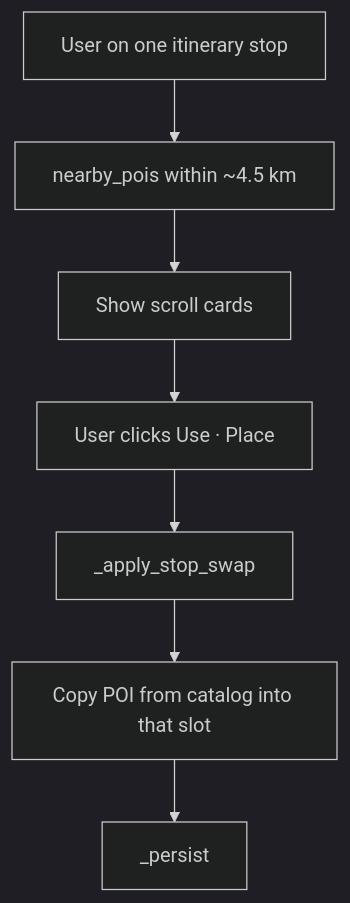
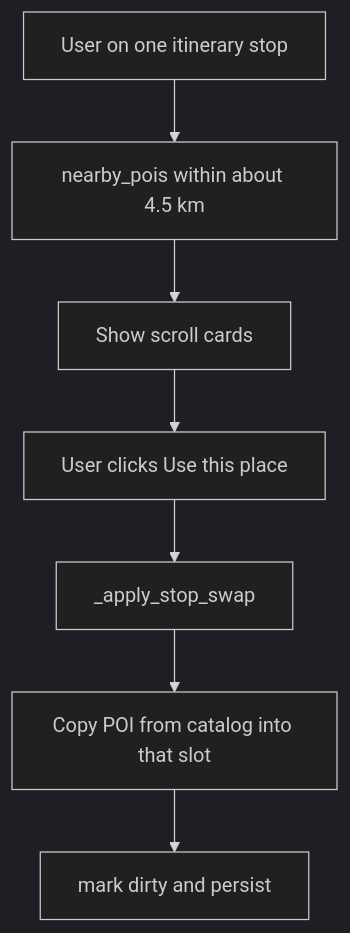
Diagram 14 of 19 in info.md (guptaastha1427/Trip-Planner), drawn with Mermaid (dark theme) before and after one commit. The commit also changed other lines of this file and 4 other files, not shown here.

````diff
--- a/info.md
+++ b/info.md
@@ -468,9 +469,9 @@
 ```mermaid
 flowchart TD
-  Stop[User on one itinerary stop] --> Near[nearby_pois within ~4.5 km]
+  Stop[User on one itinerary stop] --> Near[nearby_pois within about 4.5 km]
   Near --> List[Show scroll cards]
-  List --> Use[User clicks Use · Place]
+  List --> Use[User clicks Use this place]
   Use --> Swap[_apply_stop_swap]
   Swap --> Cat[Copy POI from catalog into that slot]
-  Cat --> Persist[_persist]
+  Cat --> Persist[mark dirty and persist]
 ```
````
